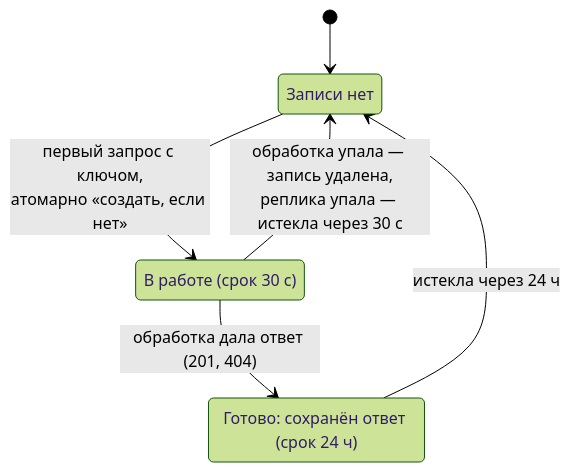
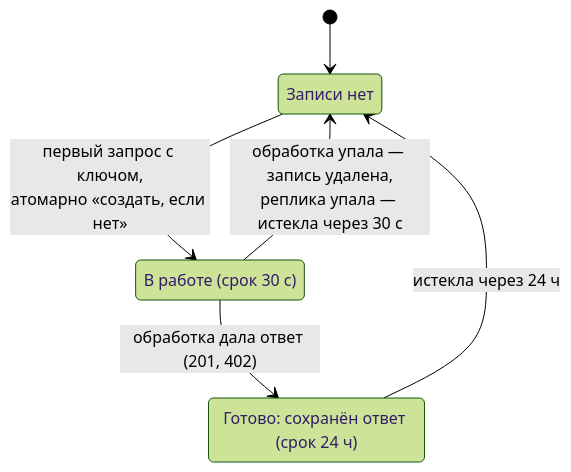
One commit to olaaa/redis-patterns-lab changed the fourth of 5 diagrams in docs/scenarios/04-idempotency.md. Above: the diagram before and after it, drawn with Mermaid (forest theme). The commit also changed other lines of this file and 21 other files, not shown here.

````diff
--- a/docs/scenarios/04-idempotency.md
+++ b/docs/scenarios/04-idempotency.md
@@ -162,11 +152,11 @@
 ```mermaid
 stateDiagram-v2
     state "Записи нет" as None
     state "В работе (срок 30 с)" as InProgress
     state "Готово: сохранён ответ (срок 24 ч)" as Completed
     [*] --> None
     None --> InProgress: первый запрос с ключом,<br/>атомарно «создать, если нет»
-    InProgress --> Completed: обработка дала ответ (201, 404)
+    InProgress --> Completed: обработка дала ответ (201, 402)
     InProgress --> None: обработка упала — запись удалена,<br/>реплика упала — истекла через 30 с
     Completed --> None: истекла через 24 ч
 ```
````
